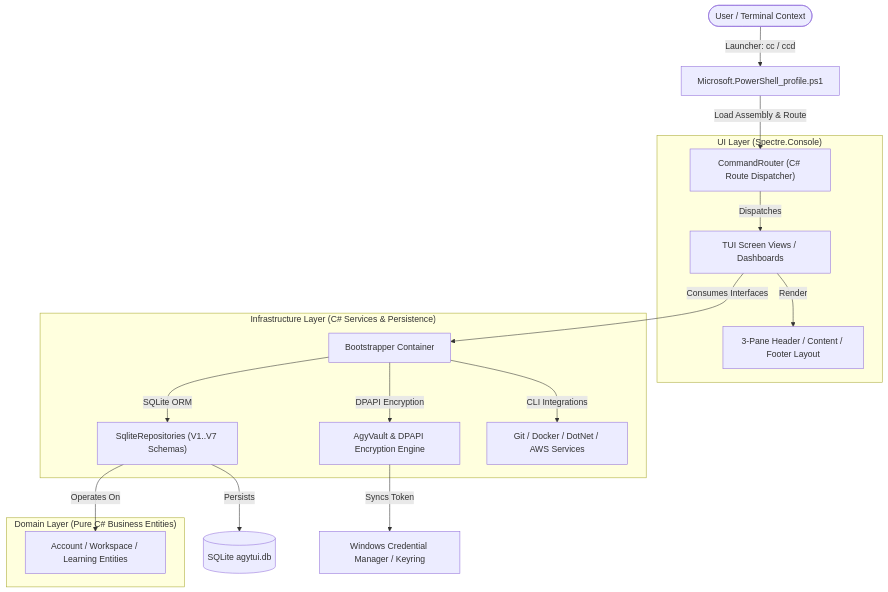
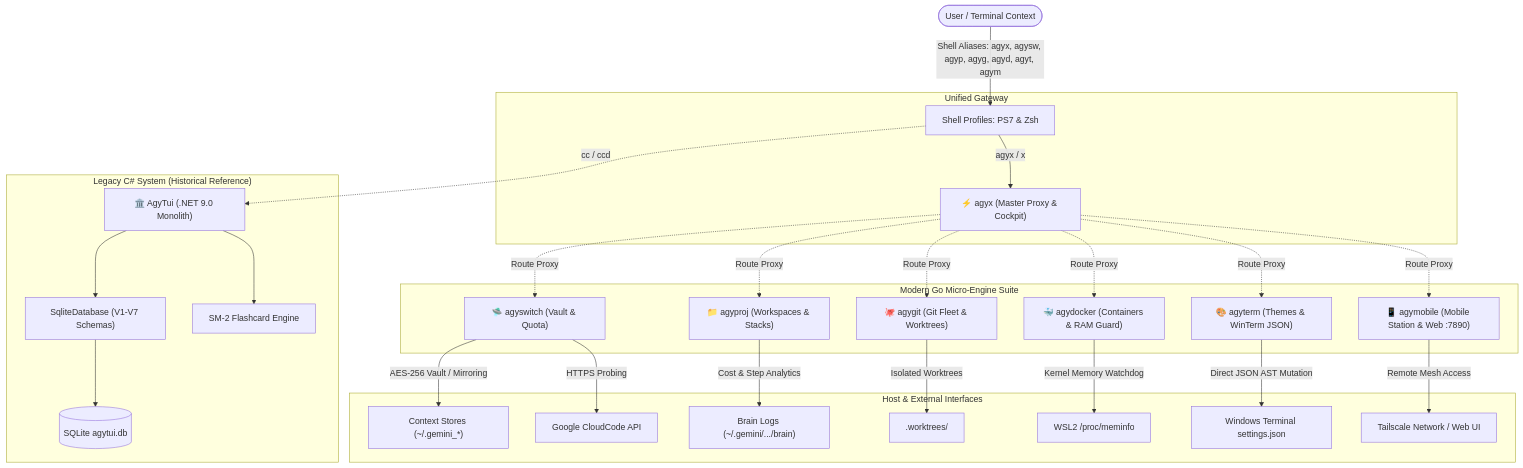
One commit to nhonvo/Powershell changed the diagram in docs/01_architecture/system_overview_and_file_tree.md. Above: the diagram before and after it, drawn with Mermaid. The commit also changed other lines of this file and 87 other files, not shown here.

First line of the commit message:
feat(suite): deliver agyollama, account session isolation, UI reactivity & documentation reorganization

````diff
--- a/docs/01_architecture/system_overview_and_file_tree.md
+++ b/docs/01_architecture/system_overview_and_file_tree.md
@@ -30,24 +37,34 @@
 ```mermaid
 graph TD
-    User(["User / Terminal Context"]) -->|Launcher: cc / ccd| Profile[Microsoft.PowerShell_profile.ps1]
-    Profile -->|Load Assembly & Route| Router["CommandRouter (C# Route Dispatcher)"]
+    User(["User / Terminal Context"]) -->|Shell Aliases: agyx, agysw, agyp, agyg, agyd, agyt, agym| Shell[Shell Profiles: PS7 & Zsh]
     
-    subgraph UI ["UI Layer (Spectre.Console)"]
-        Router -->|Dispatches| Views[TUI Screen Views / Dashboards]
-        Views -->|Render| Layout["3-Pane Header / Content / Footer Layout"]
+    subgraph MasterGateway ["Unified Gateway"]
+        Shell -->|agyx / x| AGYX["⚡ agyx (Master Proxy & Cockpit)"]
     end
 
-    subgraph Infra ["Infrastructure Layer (C# Services & Persistence)"]
-        Views -->|Consumes Interfaces| Di[Bootstrapper Container]
-        Di -->|SQLite ORM| Repo["SqliteRepositories (V1..V7 Schemas)"]
-        Di -->|DPAPI Encryption| Vault["AgyVault & DPAPI Encryption Engine"]
-        Di -->|CLI Integrations| Tools["Git / Docker / DotNet / AWS Services"]
+    subgraph GoEngines ["Modern Go Micro-Engine Suite"]
+        AGYX -.->|Route Proxy| AGYSWITCH["🛸 agyswitch (Vault & Quota)"]
+        AGYX -.->|Route Proxy| AGYPROJ["📁 agyproj (Workspaces & Stacks)"]
+        AGYX -.->|Route Proxy| AGYGIT["🐙 agygit (Git Fleet & Worktrees)"]
+        AGYX -.->|Route Proxy| AGYDOCKER["🐳 agydocker (Containers & RAM Guard)"]
+        AGYX -.->|Route Proxy| AGYTERM["🎨 agyterm (Themes & WinTerm JSON)"]
+        AGYX -.->|Route Proxy| AGYMOBILE["📱 agymobile (Mobile Station & Web :7890)"]
     end
 
-    subgraph Domain ["Domain Layer (Pure C# Business Entities)"]
-        Repo -->|Operates On| Entities["Account / Workspace / Learning Entities"]
+    subgraph HostIntegrations ["Host & External Interfaces"]
+        AGYSWITCH -->|AES-256 Vault / Mirroring| GeminiDirs["Context Stores (~/.gemini_*)"]
+        AGYSWITCH -->|HTTPS Probing| GoogleCloudCode["Google CloudCode API"]
+        AGYPROJ -->|Cost & Step Analytics| TranscriptLogs["Brain Logs (~/.gemini/.../brain)"]
+        AGYGIT -->|Isolated Worktrees| GitWorktrees[".worktrees/<branch>"]
+        AGYDOCKER -->|Kernel Memory Watchdog| ProcMem["WSL2 /proc/meminfo"]
+        AGYTERM -->|Direct JSON AST Mutation| WinTermSettings["Windows Terminal settings.json"]
+        AGYMOBILE -->|Remote Mesh Access| TailscaleMesh["Tailscale Network / Web UI"]
     end
 
-    Repo -->|Persists| DB[("SQLite agytui.db")]
-    Vault -->|Syncs Token| Keyring["Windows Credential Manager / Keyring"]
+    subgraph LegacyCSharp ["Legacy C# System (Historical Reference)"]
+        Shell -.->|cc / ccd| CSharpApp["🏛️ AgyTui (.NET 9.0 Monolith)"]
+        CSharpApp --> Repo["SqliteDatabase (V1-V7 Schemas)"]
+        Repo --> DB[("SQLite agytui.db")]
+        CSharpApp --> SM2["SM-2 Flashcard Engine"]
+    end
 ```
````
